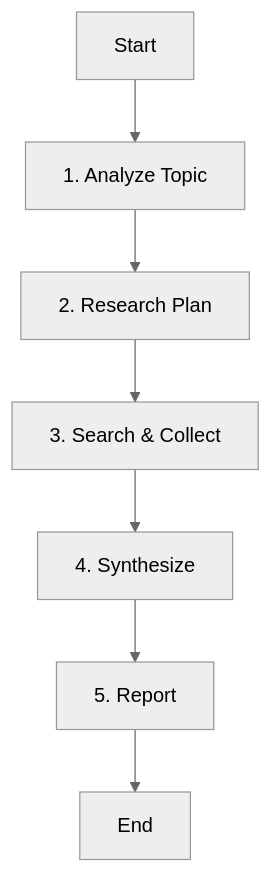
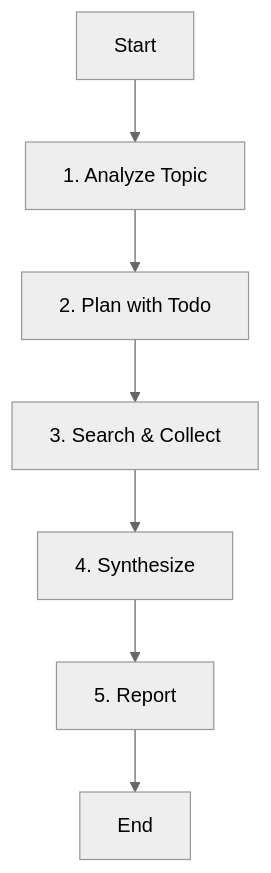
The diagram in opencode/config/agent/research-analyst.md (ksm0709/dotfiles), drawn with Mermaid (neutral theme) before and after one commit. The commit also changed other lines of this file and 7 other files, not shown here.

Commit message:
refactor(agent): update all agents to match latest template with 'Plan with Todo' workflow

````diff
--- a/opencode/config/agent/research-analyst.md
+++ b/opencode/config/agent/research-analyst.md
@@ -40,9 +40,9 @@
 ```mermaid
 graph TD
     Start[Start] --> Analyze[1. Analyze Topic]
-    Analyze --> Plan[2. Research Plan]
+    Analyze --> Plan[2. Plan with Todo]
     Plan --> Search[3. Search & Collect]
     Search --> Synthesize[4. Synthesize]
     Synthesize --> Report[5. Report]
     Report --> End[End]
 ```
````
